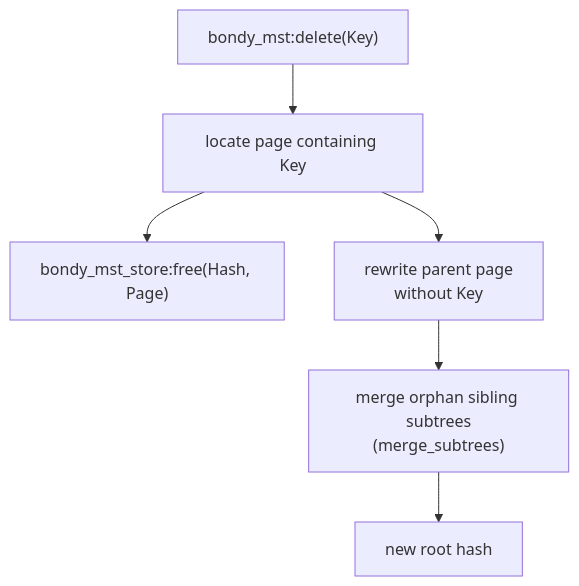
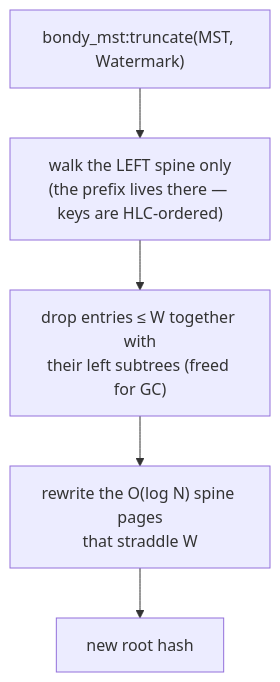
One commit to bondy-io/bondy_mst changed the fifth of 14 diagrams in doc_extras/architecture/06_compaction_and_bootstrap.md. Above: the diagram before and after it, drawn with Mermaid. The commit also changed other lines of this file and 38 other files, not shown here.

Commit message:
add new CRDTs and document new architecture

````diff
--- a/doc_extras/architecture/06_compaction_and_bootstrap.md
+++ b/doc_extras/architecture/06_compaction_and_bootstrap.md
@@ -168,12 +180,10 @@
 ```mermaid
 flowchart TB
-    DEL["bondy_mst:delete(Key)"]
-    LOC["locate page containing Key"]
-    FREE["bondy_mst_store:free(Hash, Page)"]
-    REWRITE["rewrite parent page<br/>without Key"]
-    MERGE["merge orphan sibling subtrees<br/>(merge_subtrees)"]
+    TR["bondy_mst:truncate(MST, Watermark)"]
+    SPINE["walk the LEFT spine only<br/>(the prefix lives there — keys are HLC-ordered)"]
+    DROP["drop entries ≤ W together with<br/>their left subtrees (freed for GC)"]
+    REBUILD["rewrite the O(log N) spine pages<br/>that straddle W"]
     NEWROOT[new root hash]
 
-    DEL --> LOC --> FREE
-    LOC --> REWRITE --> MERGE --> NEWROOT
+    TR --> SPINE --> DROP --> REBUILD --> NEWROOT
 ```
````
